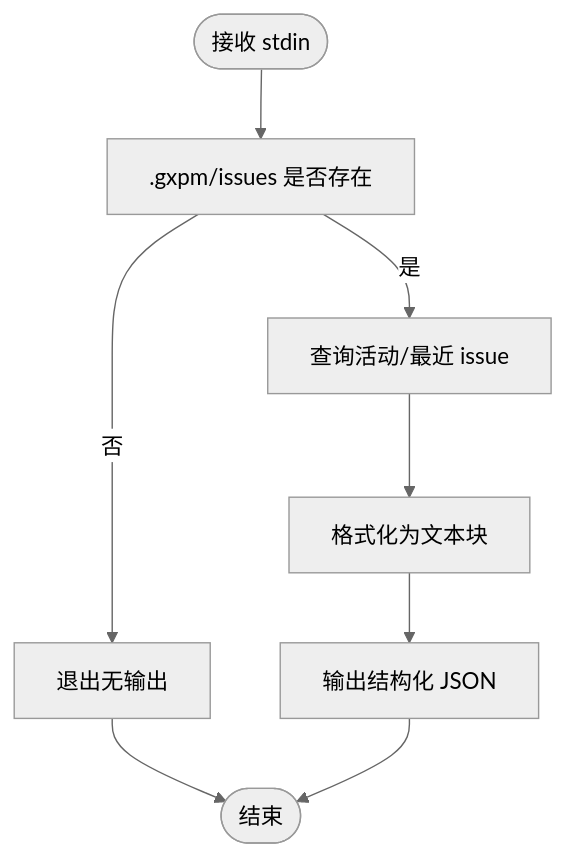
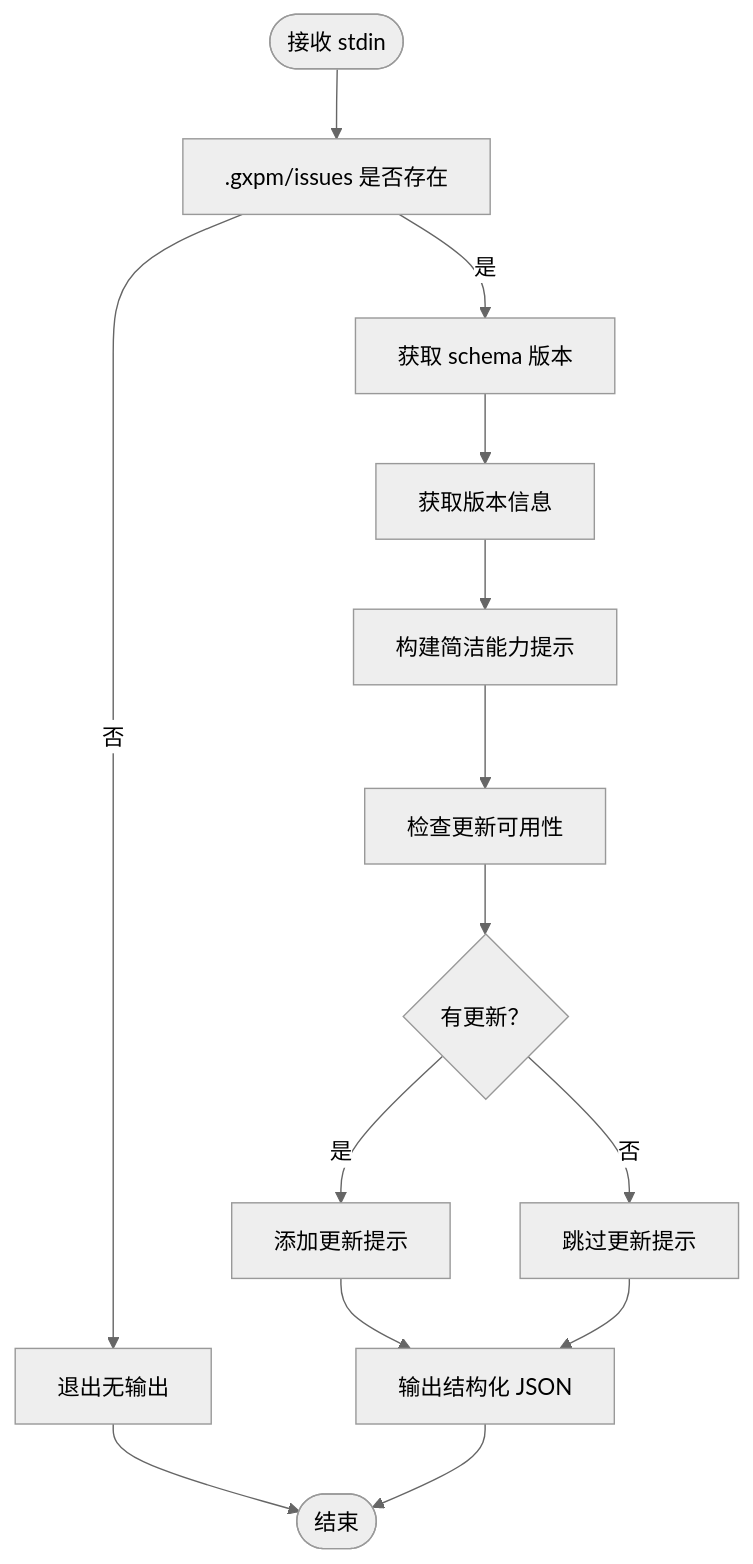
One commit to laozhong86/gxpm changed the fourth of 7 diagrams in .qoder/repowiki/zh/content/Git hooks 集成/Codex 钩子集成.md. Above: the diagram before and after it, drawn with Mermaid (neutral theme). The commit also changed other lines of this file and 8 other files, not shown here.

````diff
--- a/.qoder/repowiki/zh/content/Git hooks 集成/Codex 钩子集成.md
+++ b/.qoder/repowiki/zh/content/Git hooks 集成/Codex 钩子集成.md
@@ -178,10 +192,16 @@
 ```mermaid
 flowchart TD
 Start(["接收 stdin"]) --> CheckGXPM[".gxpm/issues 是否存在"]
 CheckGXPM --> |否| Exit["退出无输出"]
-CheckGXPM --> |是| List["查询活动/最近 issue"]
-List --> Format["格式化为文本块"]
-Format --> Output["输出结构化 JSON"]
+CheckGXPM --> |是| GetSchema["获取 schema 版本"]
+GetSchema --> GetVersion["获取版本信息"]
+GetVersion --> BuildContext["构建简洁能力提示"]
+BuildContext --> CheckUpdate["检查更新可用性"]
+CheckUpdate --> HasUpdate{"有更新？"}
+HasUpdate --> |是| AddUpdate["添加更新提示"]
+HasUpdate --> |否| SkipUpdate["跳过更新提示"]
+AddUpdate --> Output["输出结构化 JSON"]
+SkipUpdate --> Output
 Exit --> End(["结束"])
 Output --> End
 ```
````
